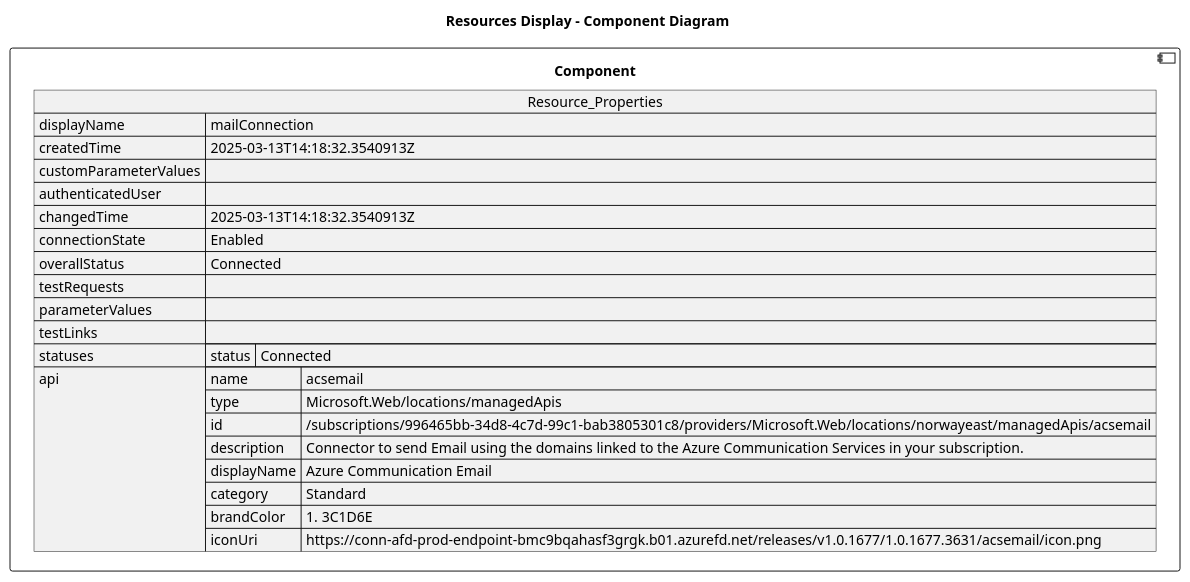
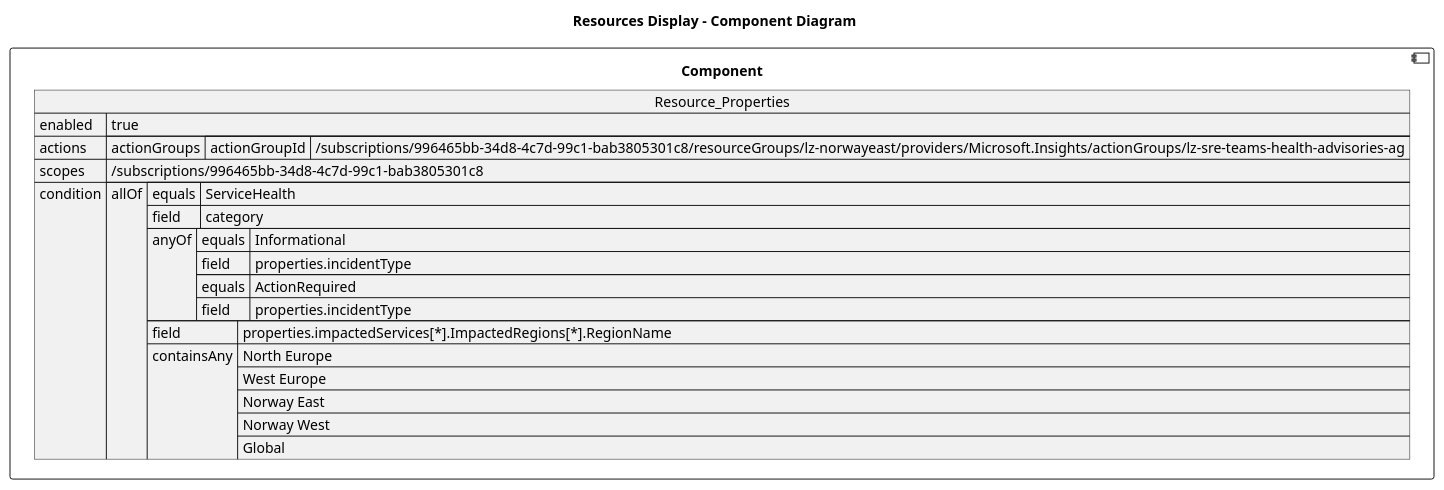
Before and after one commit to DanielAmpong/Test-Azure-architecture-diagram: the diagram in architectureDesign/PUML/lz-norwayeast_Resources/Alert - Health Advisories.puml, drawn with PlantUML. The commit also changed 327 other files, not shown here.

```diff
--- a/architectureDesign/PUML/lz-norwayeast_Resources/Alert - Health Advisories.puml
+++ b/architectureDesign/PUML/lz-norwayeast_Resources/Alert - Health Advisories.puml
@@ -1,9 +1,51 @@
 @startuml
 
 title Resources Display - Component Diagram
 
 component Component {
 
-json  Resource_Properties {   "displayName": "mailConnection",   "createdTime": "2025-03-13T14:18:32.3540913Z",   "customParameterValues": {},   "authenticatedUser": {},   "changedTime": "2025-03-13T14:18:32.3540913Z",   "connectionState": "Enabled",   "overallStatus": "Connected",   "testRequests": [],   "parameterValues": {},   "testLinks": [],   "statuses": [     {       "status": "Connected"     }   ],   "api": {     "name": "acsemail",     "type": "Microsoft.Web/locations/managedApis",     "id": "/subscriptions/996465bb-34d8-4c7d-99c1-bab3805301c8/providers/Microsoft.Web/locations/norwayeast/managedApis/acsemail",     "description": "Connector to send Email using the domains linked to the Azure Communication Services in your subscription.",     "displayName": "Azure Communication Email",     "category": "Standard",     "brandColor": "#3C1D6E",     "iconUri": "https://conn-afd-prod-endpoint-bmc9bqahasf3grgk.b01.azurefd.net/releases/v1.0.1677/1.0.1677.3631/acsemail/icon.png"   } }
+json  Resource_Properties {
+  "enabled": true,
+  "actions": {
+    "actionGroups": [
+      {
+        "actionGroupId": "/subscriptions/996465bb-34d8-4c7d-99c1-bab3805301c8/resourceGroups/lz-norwayeast/providers/Microsoft.Insights/actionGroups/lz-sre-teams-health-advisories-ag"
+      }
+    ]
+  },
+  "scopes": [
+    "/subscriptions/996465bb-34d8-4c7d-99c1-bab3805301c8"
+  ],
+  "condition": {
+    "allOf": [
+      {
+        "equals": "ServiceHealth",
+        "field": "category"
+      },
+      {
+        "anyOf": [
+          {
+            "equals": "Informational",
+            "field": "properties.incidentType"
+          },
+          {
+            "equals": "ActionRequired",
+            "field": "properties.incidentType"
+          }
+        ]
+      },
+      {
+        "field": "properties.impactedServices[*].ImpactedRegions[*].RegionName",
+        "containsAny": [
+          "North Europe",
+          "West Europe",
+          "Norway East",
+          "Norway West",
+          "Global"
+        ]
+      }
+    ]
+  }
+}
 }
 @enduml
```
